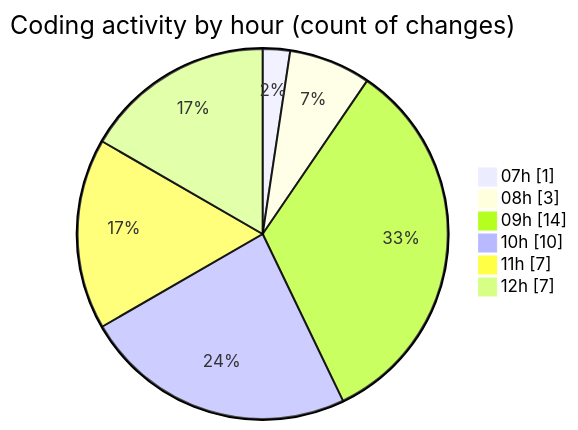
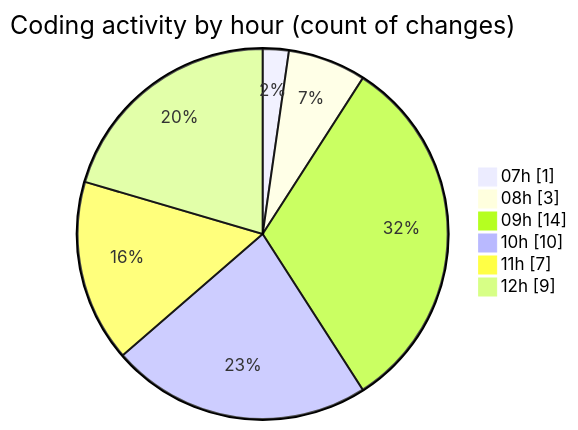
Before and after one commit to tmsrecording-cyber/code-tracking: the second of 2 diagrams in 2026-02-02/singularitybrainai/README.md, drawn with Mermaid. The commit also changed other lines of this file and 1 other file, not shown here.

````diff
--- a/2026-02-02/singularitybrainai/README.md
+++ b/2026-02-02/singularitybrainai/README.md
@@ -40,10 +40,10 @@
 ```mermaid
 pie showData
 title Coding activity by hour (count of changes)
 "07h" : 1
 "08h" : 3
 "09h" : 14
 "10h" : 10
 "11h" : 7
-"12h" : 7
+"12h" : 9
 ```
````
